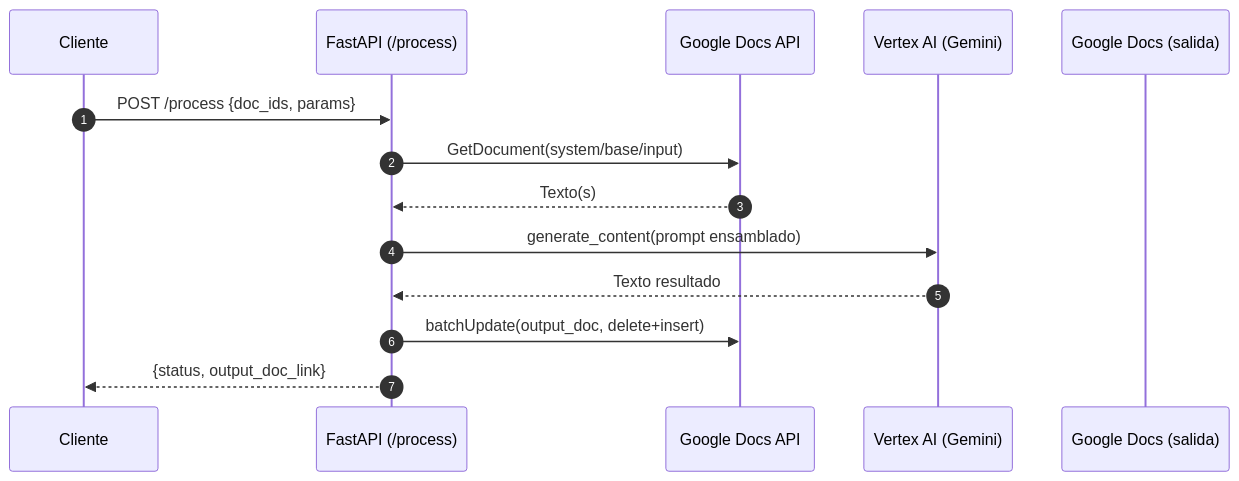
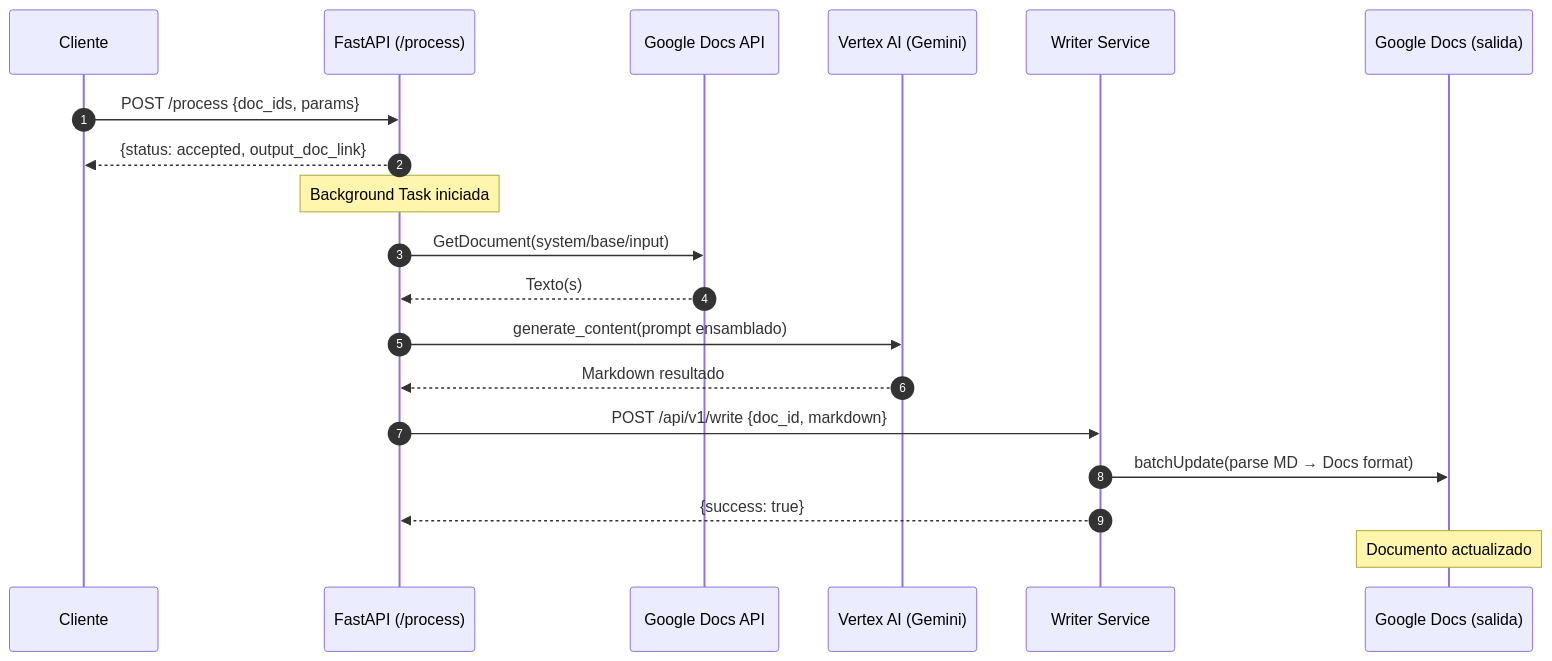
Before and after one commit to lortegamendozafirm/brain: the first of 2 diagrams in README.md, drawn with Mermaid. The commit also changed other lines of this file and 16 other files, not shown here.

````diff
--- a/README.md
+++ b/README.md
@@ -64,17 +71,22 @@
 ```mermaid
 sequenceDiagram
   autonumber
   participant C as Cliente
   participant API as FastAPI (/process)
   participant GD as Google Docs API
   participant V as Vertex AI (Gemini)
+  participant WS as Writer Service
   participant GO as Google Docs (salida)
 
   C->>API: POST /process {doc_ids, params}
+  API-->>C: {status: accepted, output_doc_link}
+  Note over API: Background Task iniciada
   API->>GD: GetDocument(system/base/input)
   GD-->>API: Texto(s)
   API->>V: generate_content(prompt ensamblado)
-  V-->>API: Texto resultado
-  API->>GD: batchUpdate(output_doc, delete+insert)
-  API-->>C: {status, output_doc_link}
+  V-->>API: Markdown resultado
+  API->>WS: POST /api/v1/write {doc_id, markdown}
+  WS->>GO: batchUpdate(parse MD → Docs format)
+  WS-->>API: {success: true}
+  Note over GO: Documento actualizado
 ```
````
